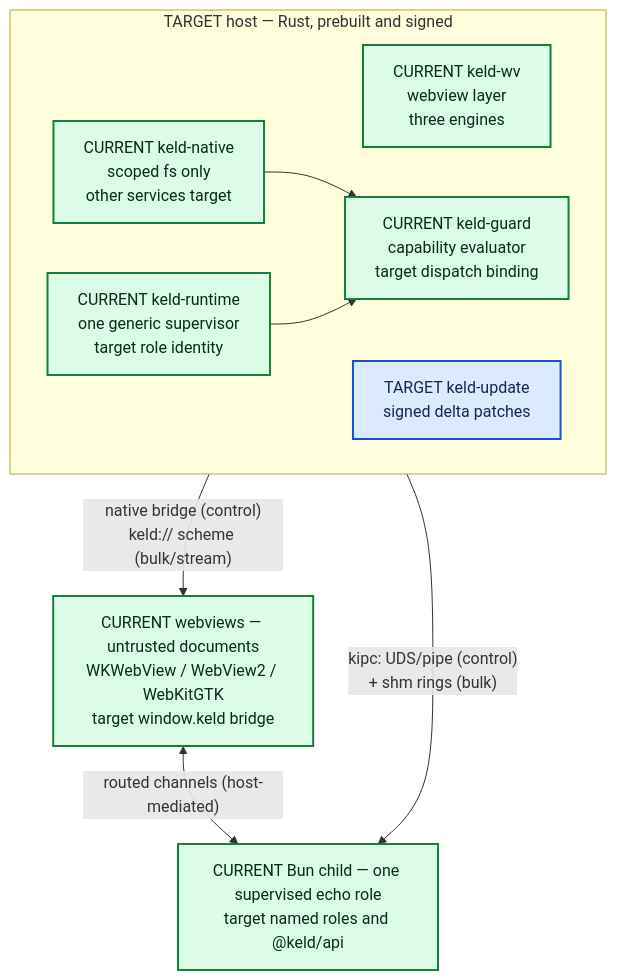
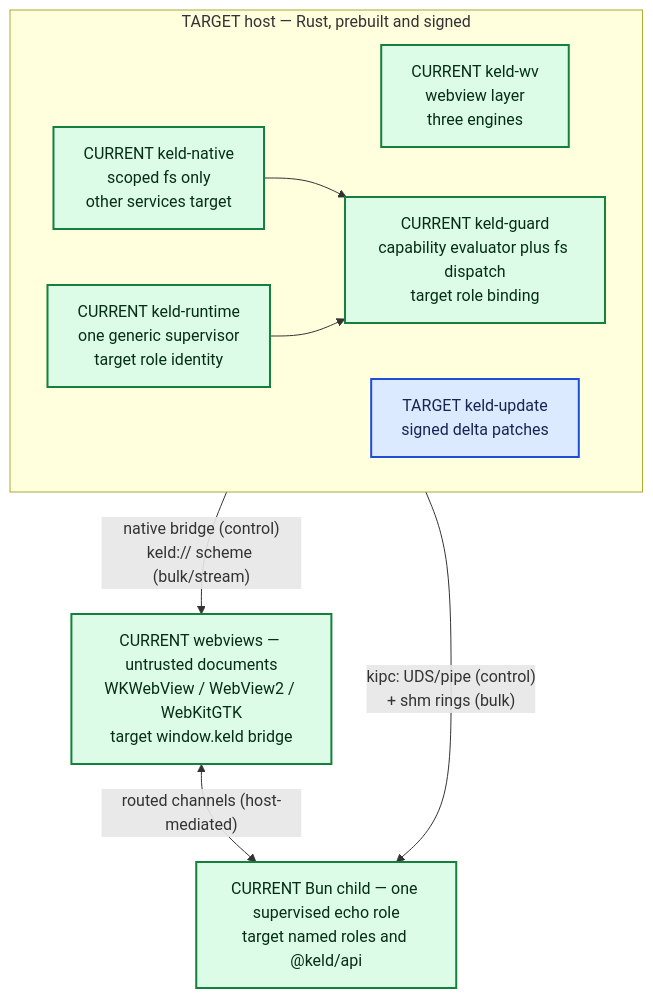
Before and after one commit to gyldlab/keld: the diagram in docs/onboarding/01-project-summary.md, drawn with Mermaid. The commit also changed 10 other files, not shown here.

Commit message:
fix(ci): harden Mermaid gate verification

````diff
--- a/docs/onboarding/01-project-summary.md
+++ b/docs/onboarding/01-project-summary.md
@@ -92,36 +92,36 @@
 ```mermaid
 flowchart TB
     accTitle: Keld host, webview, and Bun trust topology
     accDescr {
       The host is the privileged authority process. Untrusted webviews and the Bun app
       process communicate only through host-mediated bridges; the diagram is an
       onboarding summary of architecture 01, whose live-versus-target status controls.
     }
 
     subgraph host["TARGET host — Rust, prebuilt and signed"]
         direction LR
         wv["CURRENT keld-wv<br/>webview layer<br/>three engines"]
         native["CURRENT keld-native<br/>scoped fs only<br/>other services target"]
-        guard["CURRENT keld-guard<br/>capability evaluator<br/>target dispatch binding"]
+        guard["CURRENT keld-guard<br/>capability evaluator plus fs dispatch<br/>target role binding"]
         runtime["CURRENT keld-runtime<br/>one generic supervisor<br/>target role identity"]
         update["TARGET keld-update<br/>signed delta patches"]
         native --> guard
         runtime --> guard
     end
 
     ui["CURRENT webviews — untrusted documents<br/>WKWebView / WebView2 / WebKitGTK<br/>target window.keld bridge"]
     app["CURRENT Bun child — one supervised echo role<br/>target named roles and @keld/api"]
 
     host -- "native bridge (control)<br/>keld:// scheme (bulk/stream)" --> ui
     host -- "kipc: UDS/pipe (control)<br/>+ shm rings (bulk)" --> app
     ui <-- "routed channels (host-mediated)" --> app
 
     classDef current fill:#dcfce7,stroke:#15803d,color:#052e16,stroke-width:2px
     classDef target fill:#dbeafe,stroke:#1d4ed8,color:#172554,stroke-width:2px
     classDef showcase fill:#f3e8ff,stroke:#7e22ce,color:#3b0764,stroke-width:2px,stroke-dasharray:5 3
     classDef gate fill:#fef3c7,stroke:#b45309,color:#451a03,stroke-width:2px
     classDef external fill:#e2e8f0,stroke:#475569,color:#0f172a,stroke-width:2px
     classDef denied fill:#fee2e2,stroke:#b91c1c,color:#450a0a,stroke-width:2px
     class wv,native,guard,runtime,ui,app current
     class update target
 ```
````
